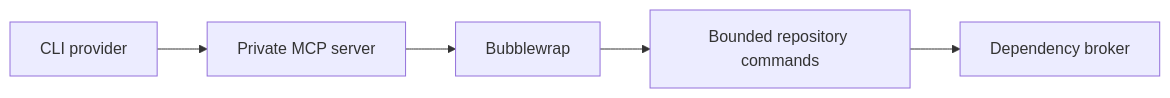
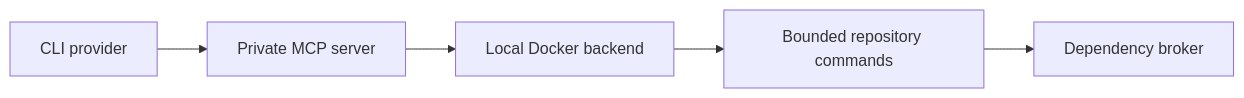
Before and after one commit to zbarno/kool.ade: diagram 17 of 36 in docs/architecture/architecture-atlas.md, drawn with Mermaid. The commit also changed other lines of this file and 6 other files, not shown here.

````diff
--- a/docs/architecture/architecture-atlas.md
+++ b/docs/architecture/architecture-atlas.md
@@ -299,12 +299,12 @@
 ```mermaid
 flowchart LR
     c0["CLI provider"]
     c1["Private MCP server"]
-    c2["Bubblewrap"]
+    c2["Local Docker backend"]
     c3["Bounded repository commands"]
     c4["Dependency broker"]
     c0 --> c1
     c1 --> c2
     c2 --> c3
     c3 --> c4
 ```
````
